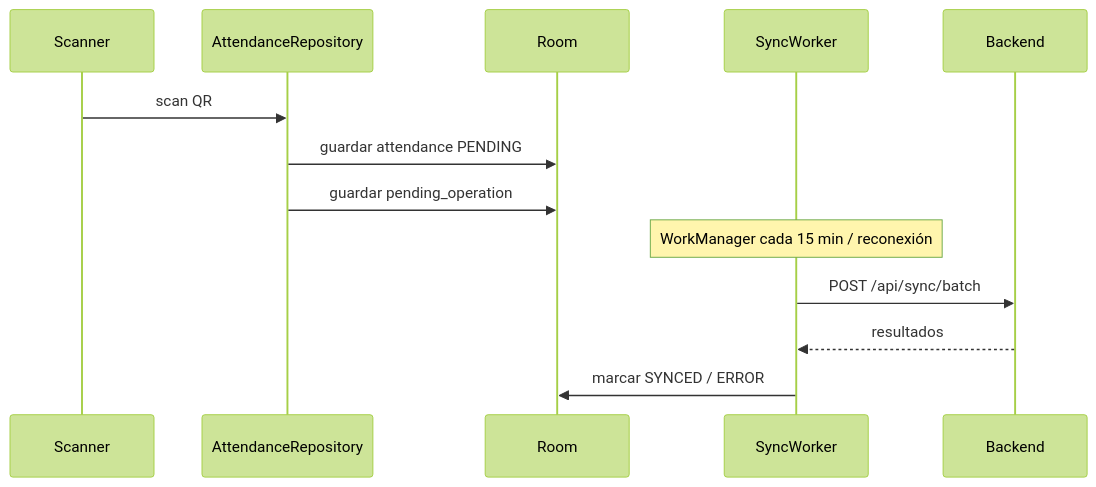
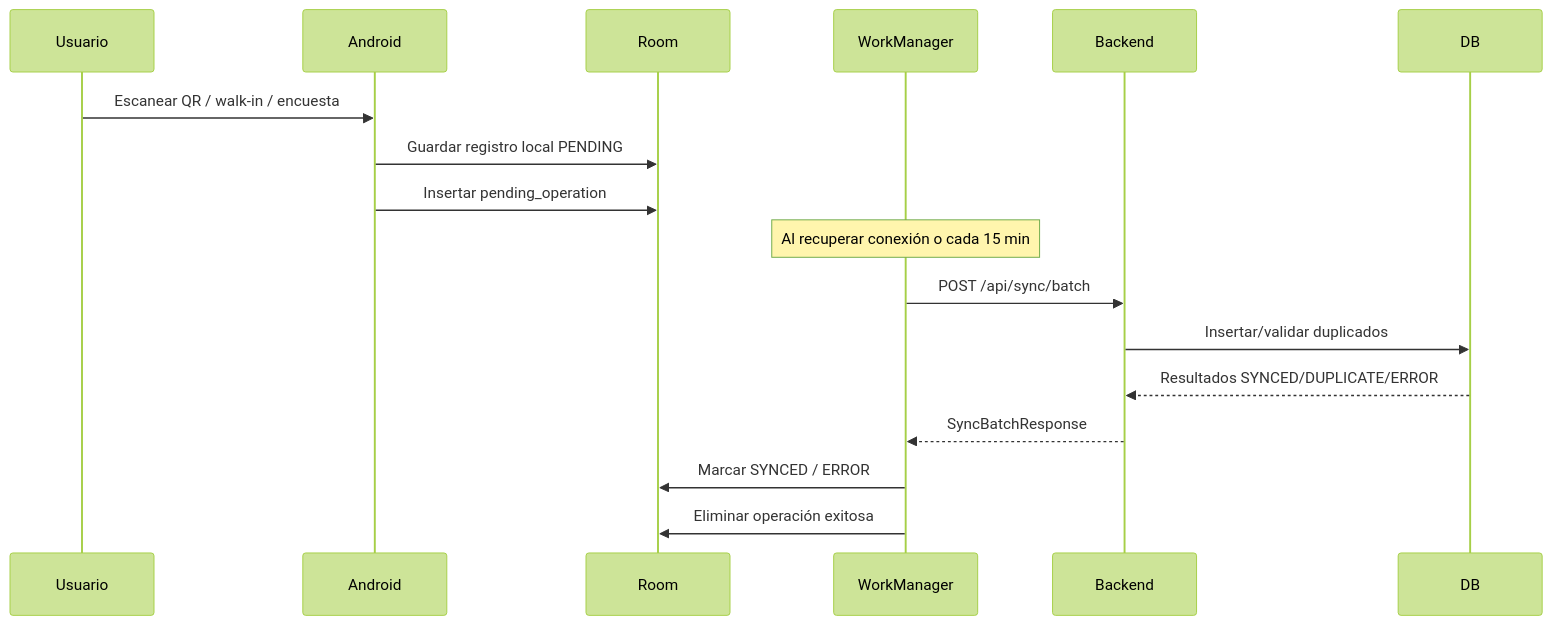
One commit to Aracelymp/SyncPass changed the fifth of 8 diagrams in ARQUITECTURA_COMPLETA_SYNCPASS.md. Above: the diagram before and after it, drawn with Mermaid (forest theme). The commit also changed other lines of this file and 5 other files, not shown here.

````diff
--- a/ARQUITECTURA_COMPLETA_SYNCPASS.md
+++ b/ARQUITECTURA_COMPLETA_SYNCPASS.md
@@ -695,15 +643,19 @@
 ```mermaid
 sequenceDiagram
-    participant Scanner
-    participant AttendanceRepository
+    participant Usuario
+    participant Android
     participant Room
-    participant SyncWorker
+    participant WorkManager
     participant Backend
-    Scanner->>AttendanceRepository: scan QR
-    AttendanceRepository->>Room: guardar attendance PENDING
-    AttendanceRepository->>Room: guardar pending_operation
-    Note over SyncWorker: WorkManager cada 15 min / reconexión
-    SyncWorker->>Backend: POST /api/sync/batch
-    Backend-->>SyncWorker: resultados
-    SyncWorker->>Room: marcar SYNCED / ERROR
+    participant DB
+    Usuario->>Android: Escanear QR / walk-in / encuesta
+    Android->>Room: Guardar registro local PENDING
+    Android->>Room: Insertar pending_operation
+    Note over WorkManager: Al recuperar conexión o cada 15 min
+    WorkManager->>Backend: POST /api/sync/batch
+    Backend->>DB: Insertar/validar duplicados
+    DB-->>Backend: Resultados SYNCED/DUPLICATE/ERROR
+    Backend-->>WorkManager: SyncBatchResponse
+    WorkManager->>Room: Marcar SYNCED / ERROR
+    WorkManager->>Room: Eliminar operación exitosa
 ```
````
